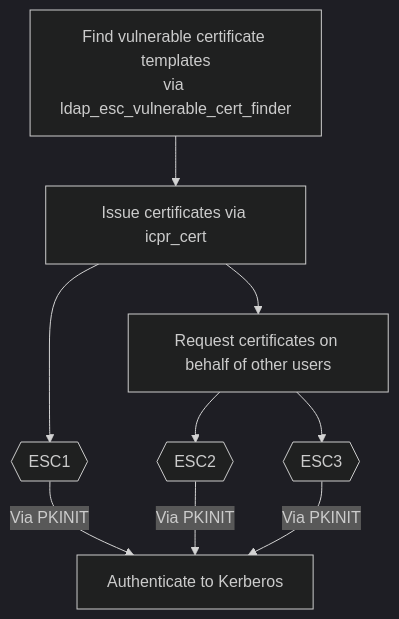
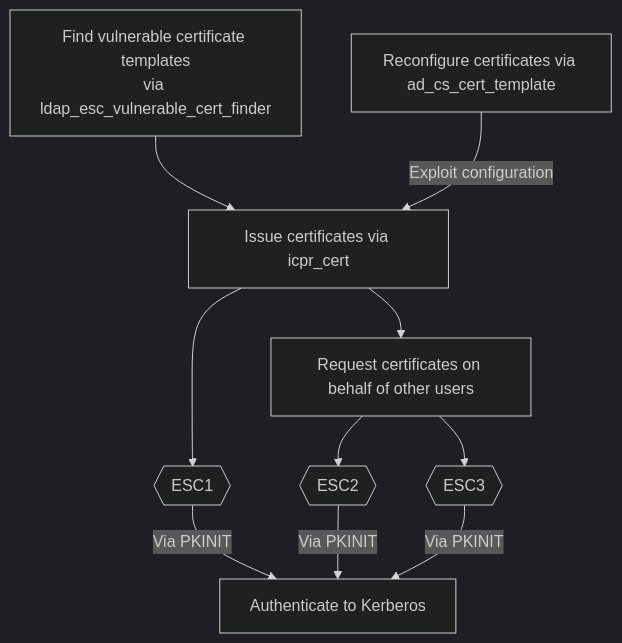
The first of 2 diagrams in docs/metasploit-framework.wiki/ad-certificates/Attacking-AD-CS-ESC-Vulnerabilities.md (rapid7/metasploit-framework), drawn with Mermaid (dark theme) before and after one commit. The commit also changed other lines of this file and 2 other files, not shown here.

````diff
--- a/docs/metasploit-framework.wiki/ad-certificates/Attacking-AD-CS-ESC-Vulnerabilities.md
+++ b/docs/metasploit-framework.wiki/ad-certificates/Attacking-AD-CS-ESC-Vulnerabilities.md
@@ -6,11 +6,12 @@
 ```mermaid
 flowchart TD
 	escexp[Find vulnerable certificate templates\nvia ldap_esc_vulnerable_cert_finder] --> icpr[Issue certificates via icpr_cert]
 	icpr[Issue certificates via icpr_cert] --> ESC1{{ESC1}}
 	ESC1{{ESC1}} -- Via PKINIT --> pkinit{Authenticate to Kerberos}
 	icpr[Issue certificates via icpr_cert] --> users[Request certificates on behalf of other users]
 	users[Request certificates on behalf of other users] --> ESC2{{ESC2}}
 	users[Request certificates on behalf of other users] --> ESC3{{ESC3}}
 	ESC2{{ESC2}} -- Via PKINIT --> pkinit[Authenticate to Kerberos]
 	ESC3{{ESC3}} -- Via PKINIT --> pkinit[Authenticate to Kerberos]
+	ad_cs_template[Reconfigure certificates via ad_cs_cert_template] -- Exploit configuration --> icpr
 ```
````
